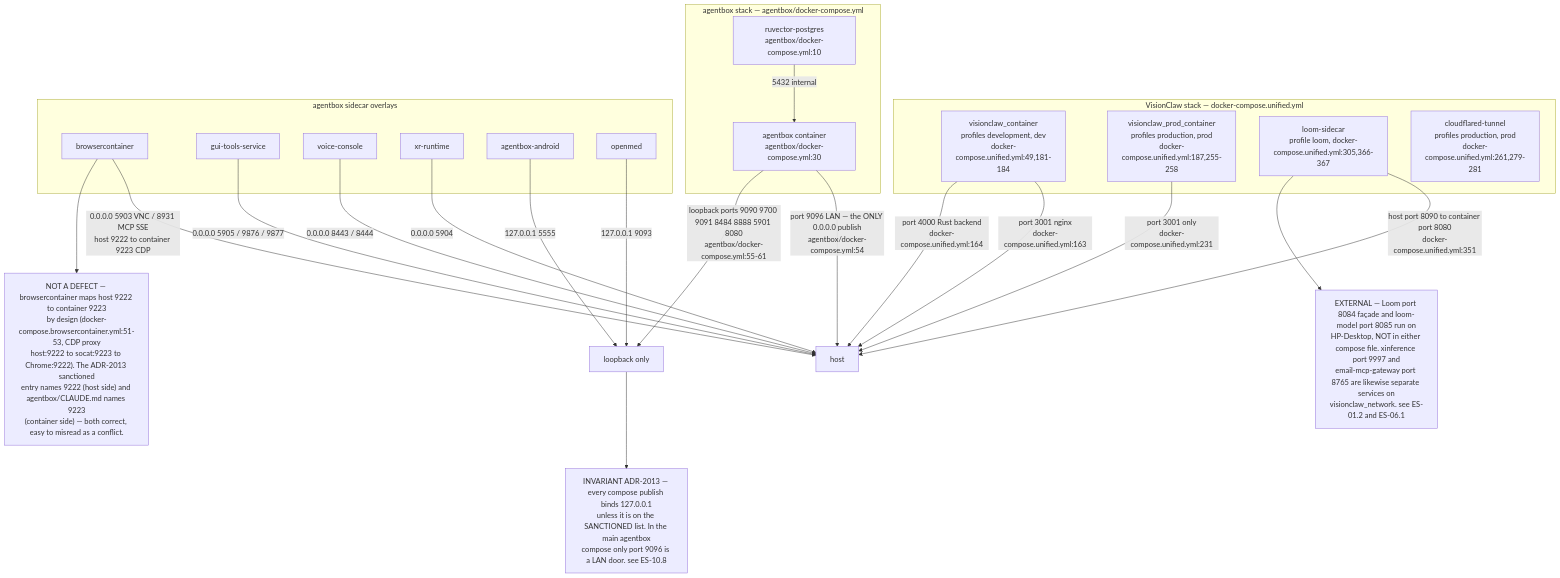
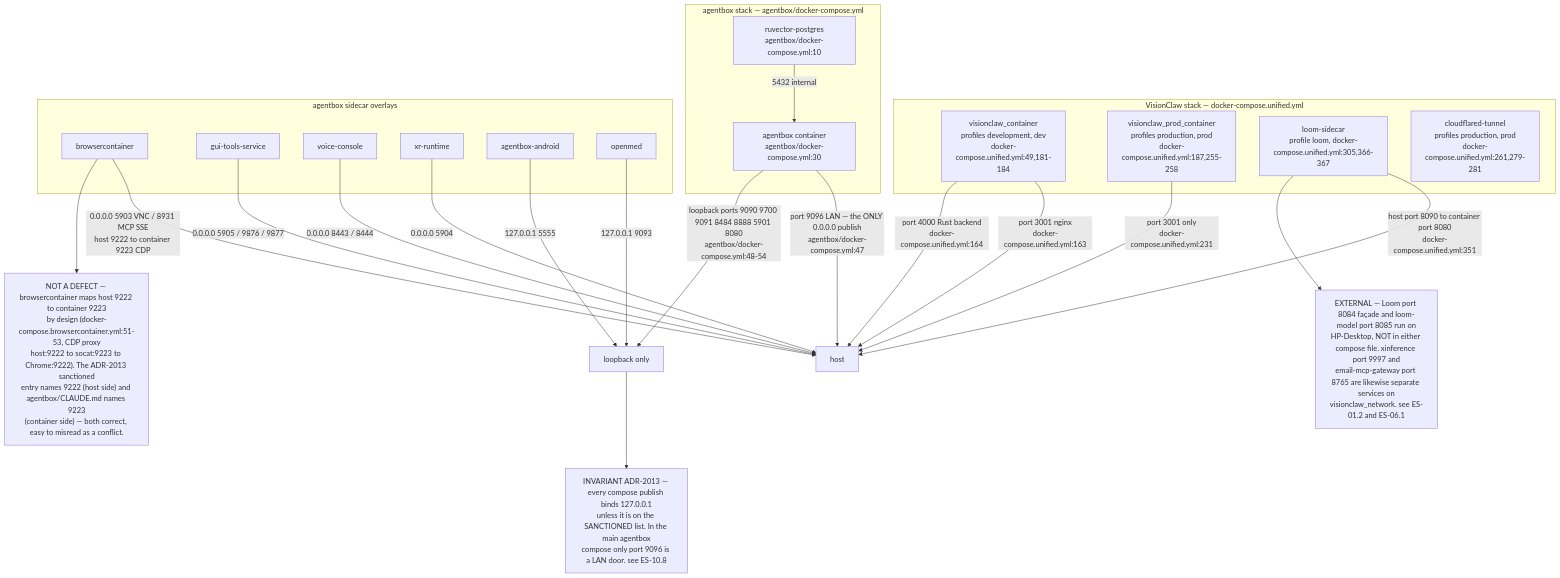
Before and after one commit to DreamLab-AI/VisionFlow: the third of 8 diagrams in docs/diagrams/estate/01-estate-topology.md, drawn with Mermaid. The commit also changed other lines of this file and 136 other files, not shown here.

First line of the commit message:
docs(diagrams): refresh the whole corpus to code HEAD and prune low-value diagrams

````diff
--- a/docs/diagrams/estate/01-estate-topology.md
+++ b/docs/diagrams/estate/01-estate-topology.md
@@ -121,43 +121,43 @@
 ```mermaid
 flowchart TB
     subgraph vcstack["VisionClaw stack — docker-compose.unified.yml"]
         VCD["visionclaw_container<br/>profiles development, dev<br/>docker-compose.unified.yml:49,181-184"]
         VCP["visionclaw_prod_container<br/>profiles production, prod<br/>docker-compose.unified.yml:187,255-258"]
         LOOMB["loom-sidecar<br/>profile loom, docker-compose.unified.yml:305,366-367"]
         CFT["cloudflared-tunnel<br/>profiles production, prod<br/>docker-compose.unified.yml:261,279-281"]
     end
     subgraph abstack["agentbox stack — agentbox/docker-compose.yml"]
         ABC["agentbox container<br/>agentbox/docker-compose.yml:30"]
         RPG["ruvector-postgres<br/>agentbox/docker-compose.yml:10"]
     end
     subgraph sidecars["agentbox sidecar overlays"]
         BC["browsercontainer"]
         GT["gui-tools-service"]
         VCON["voice-console"]
         XRR["xr-runtime"]
         AND["agentbox-android"]
         OM["openmed"]
     end
 
     VCD -->|"port 3001 nginx<br/>docker-compose.unified.yml:163"| EXT1["host"]
     VCD -->|"port 4000 Rust backend<br/>docker-compose.unified.yml:164"| EXT1
     VCP -->|"port 3001 only<br/>docker-compose.unified.yml:231"| EXT1
     LOOMB -->|"host port 8090 to container port 8080<br/>docker-compose.unified.yml:351"| EXT1
-    ABC -->|"port 9096 LAN — the ONLY 0.0.0.0 publish<br/>agentbox/docker-compose.yml:54"| EXT1
-    ABC -->|"loopback ports 9090 9700 9091 8484 8888 5901 8080<br/>agentbox/docker-compose.yml:55-61"| LOOPBACK["loopback only"]
+    ABC -->|"port 9096 LAN — the ONLY 0.0.0.0 publish<br/>agentbox/docker-compose.yml:47"| EXT1
+    ABC -->|"loopback ports 9090 9700 9091 8484 8888 5901 8080<br/>agentbox/docker-compose.yml:48-54"| LOOPBACK["loopback only"]
     RPG -->|"5432 internal"| ABC
     BC -->|"0.0.0.0 5903 VNC / 8931 MCP SSE<br/>host 9222 to container 9223 CDP"| EXT1
     GT -->|"0.0.0.0 5905 / 9876 / 9877"| EXT1
     VCON -->|"0.0.0.0 8443 / 8444"| EXT1
     XRR -->|"0.0.0.0 5904"| EXT1
     AND -->|"127.0.0.1 5555"| LOOPBACK
     OM -->|"127.0.0.1 9093"| LOOPBACK
 
     INV["INVARIANT ADR-2013 — every compose publish binds 127.0.0.1<br/>unless it is on the SANCTIONED list. In the main agentbox<br/>compose only port 9096 is a LAN door. see ES-10.8"]
     D1["NOT A DEFECT — browsercontainer maps host 9222 to container 9223<br/>by design (docker-compose.browsercontainer.yml:51-53, CDP proxy<br/>host:9222 to socat:9223 to Chrome:9222). The ADR-2013 sanctioned<br/>entry names 9222 (host side) and agentbox/CLAUDE.md names 9223<br/>(container side) — both correct, easy to misread as a conflict."]
     D2["EXTERNAL — Loom port 8084 façade and loom-model port 8085 run on<br/>HP-Desktop, NOT in either compose file. xinference port 9997 and<br/>email-mcp-gateway port 8765 are likewise separate services on<br/>visionclaw_network. see ES-01.2 and ES-06.1"]
 
     LOOPBACK --> INV
     BC --> D1
     LOOMB --> D2
 ```
````
